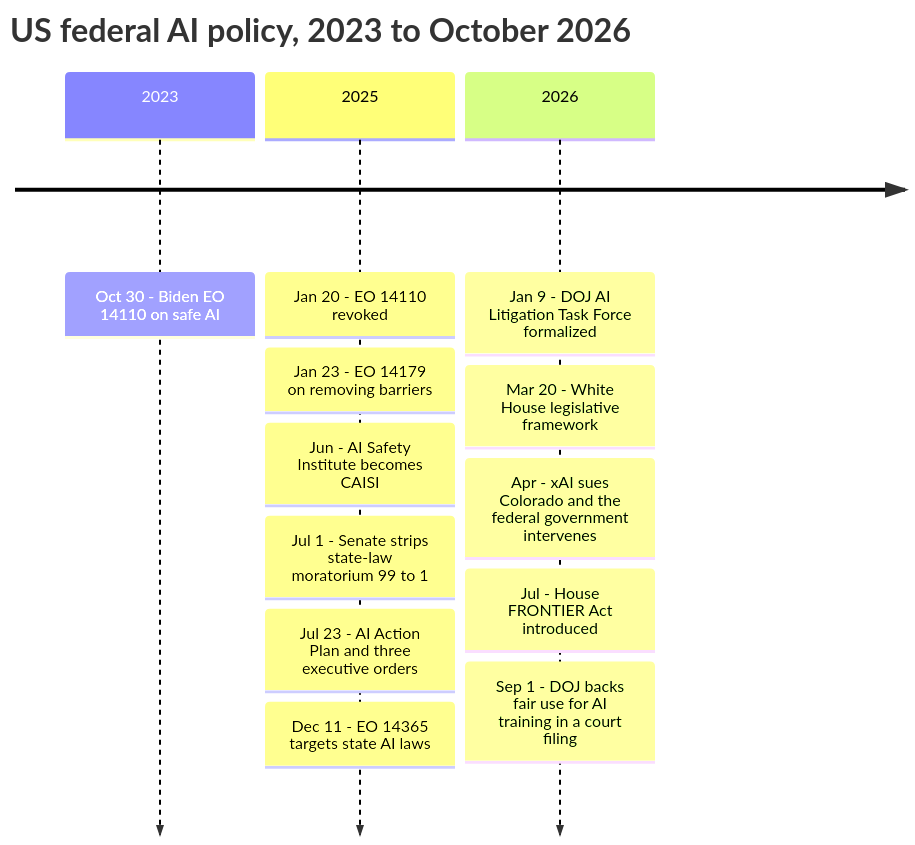
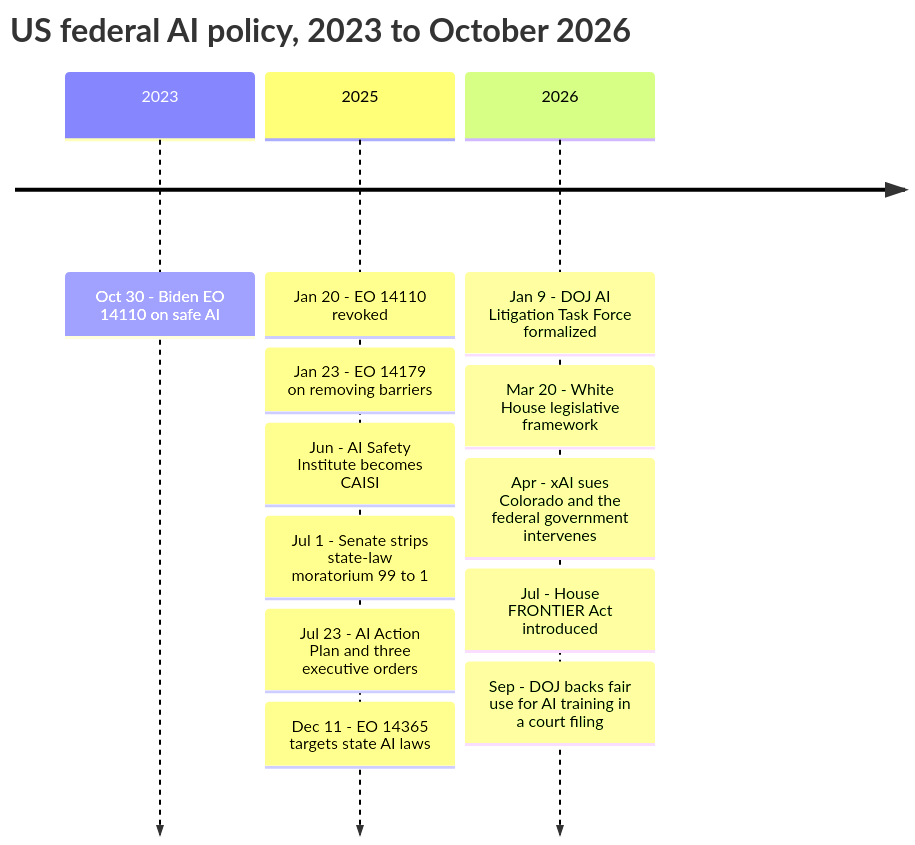
One commit to mcichael1-eng/Leash-Holder-2 changed the sixth of 12 diagrams in ai-book/chapters/59-law-and-policy.md. Above: the diagram before and after it, drawn with Mermaid. The commit also changed other lines of this file and 34 other files, not shown here.

````diff
--- a/ai-book/chapters/59-law-and-policy.md
+++ b/ai-book/chapters/59-law-and-policy.md
@@ -541,16 +541,16 @@
 ```mermaid
 timeline
     title US federal AI policy, 2023 to October 2026
     2023 : Oct 30 - Biden EO 14110 on safe AI
     2025 : Jan 20 - EO 14110 revoked
          : Jan 23 - EO 14179 on removing barriers
          : Jun - AI Safety Institute becomes CAISI
          : Jul 1 - Senate strips state-law moratorium 99 to 1
          : Jul 23 - AI Action Plan and three executive orders
          : Dec 11 - EO 14365 targets state AI laws
     2026 : Jan 9 - DOJ AI Litigation Task Force formalized
          : Mar 20 - White House legislative framework
          : Apr - xAI sues Colorado and the federal government intervenes
          : Jul - House FRONTIER Act introduced
-         : Sep 1 - DOJ backs fair use for AI training in a court filing
+         : Sep - DOJ backs fair use for AI training in a court filing
 ```
````
